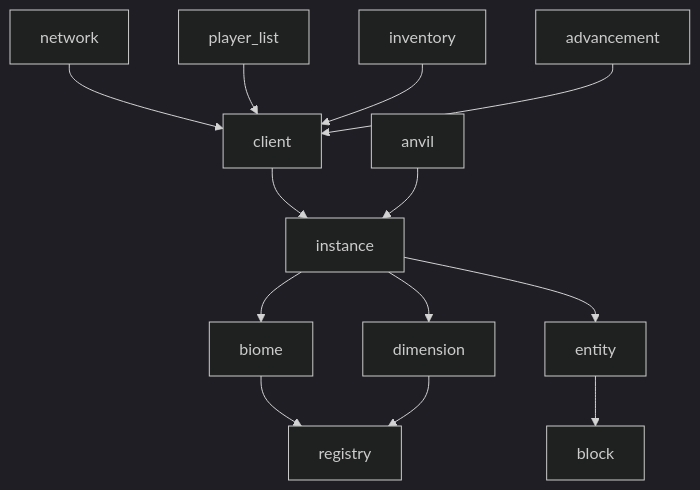
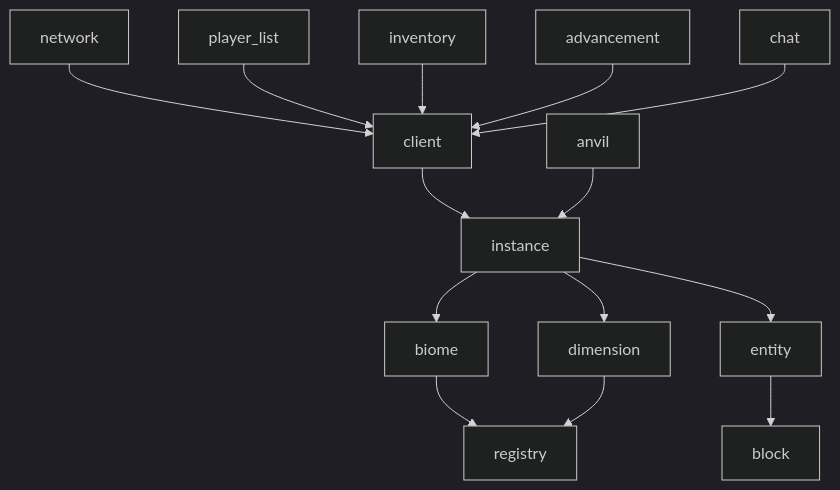
One commit to valence-rs/valence changed the diagram in crates/README.md. Above: the diagram before and after it, drawn with Mermaid (dark theme). The commit also changed 10 other files, not shown here.

````diff
--- a/crates/README.md
+++ b/crates/README.md
@@ -11,15 +11,16 @@
 ```mermaid
 graph TD
   network --> client
 	client --> instance
 	biome --> registry
 	dimension --> registry
 	instance --> biome
 	instance --> dimension
 	instance --> entity
 	player_list --> client
 	inventory --> client
 	anvil --> instance
 	entity --> block
 	advancement --> client
+	chat --> client
 ```
````
